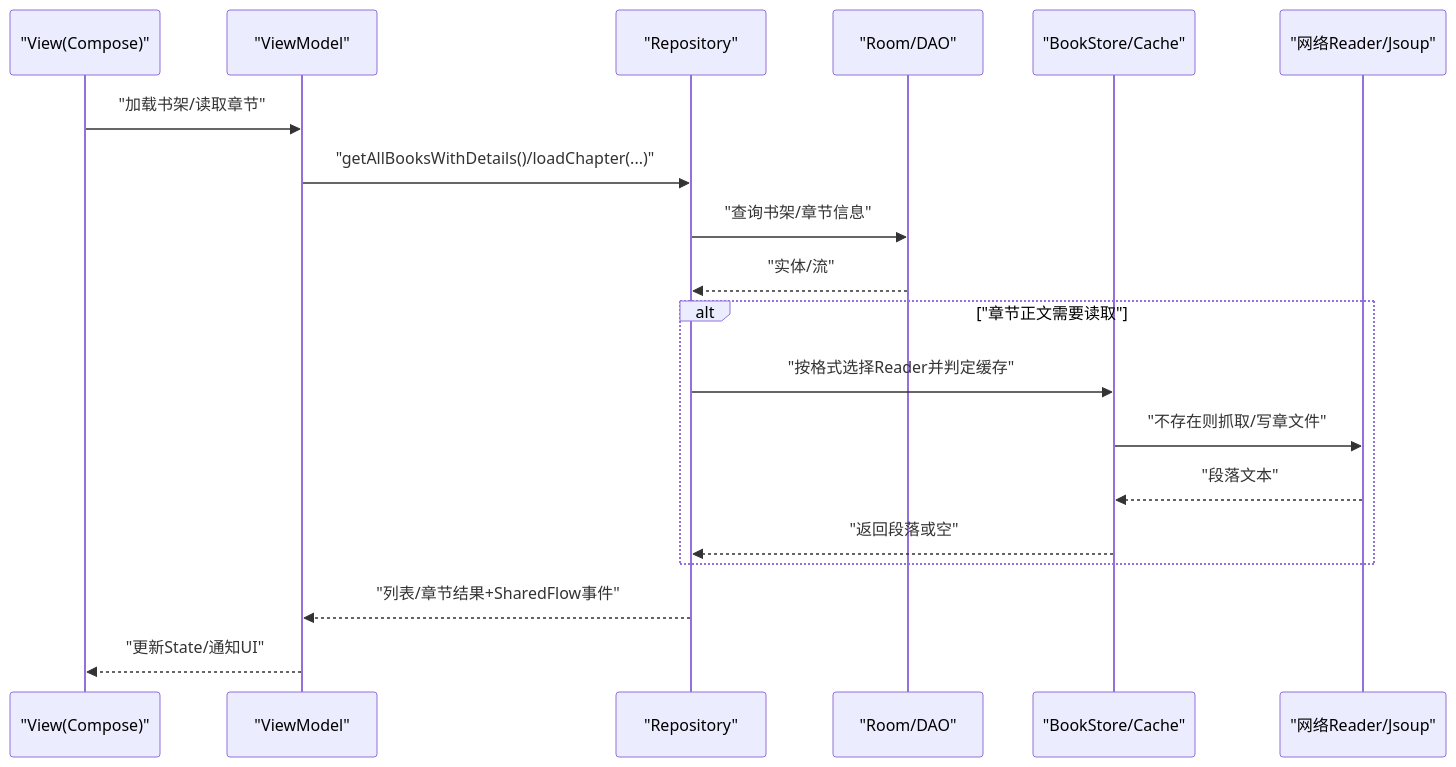
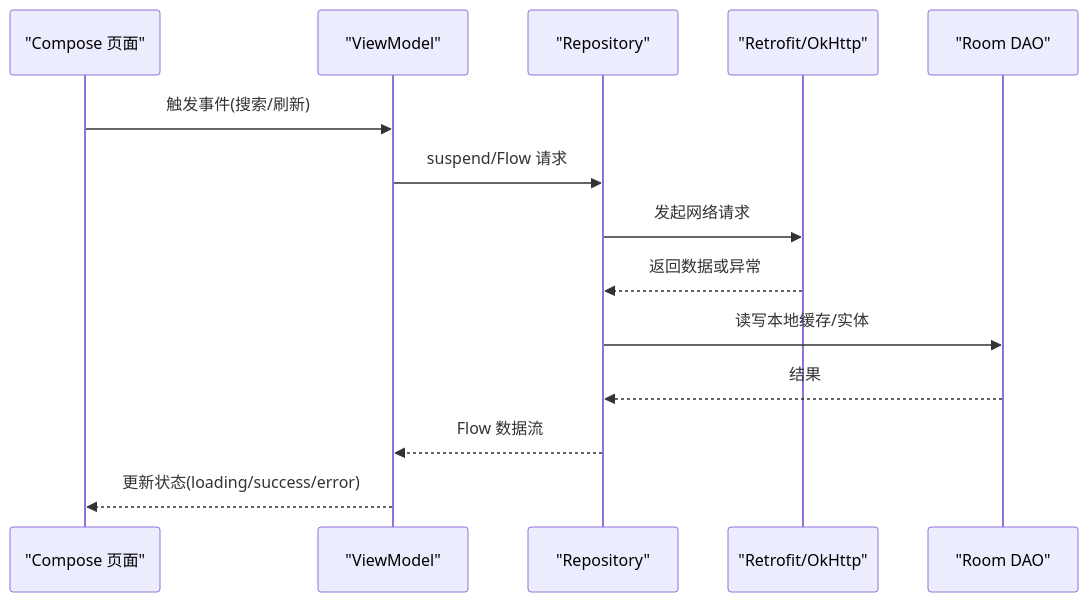
Before and after one commit to xrn1997/android-ebook: the third of 8 diagrams in .qoder/repowiki/zh/content/架构设计/架构设计.md, drawn with Mermaid. The commit also changed other lines of this file and 544 other files, not shown here.

````diff
--- a/.qoder/repowiki/zh/content/架构设计/架构设计.md
+++ b/.qoder/repowiki/zh/content/架构设计/架构设计.md
@@ -77,22 +139,17 @@
 ```mermaid
 sequenceDiagram
-    participant V as "View(Compose)"
+    participant UI as "Compose 页面"
     participant VM as "ViewModel"
-    participant R as "Repository"
-    participant DB as "Room/DAO"
-    participant STORE as "BookStore/Cache"
-    participant NET as "网络Reader/Jsoup"
+    participant Repo as "Repository"
+    participant Net as "Retrofit/OkHttp"
+    participant DB as "Room DAO"
 
-    V->>VM: "加载书架/读取章节"
-    VM->>R: "getAllBooksWithDetails()/loadChapter(...)"
-    R->>DB: "查询书架/章节信息"
-    DB-->>R: "实体/流"
-    alt "章节正文需要读取"
-        R->>STORE: "按格式选择Reader并判定缓存"
-        STORE->>NET: "不存在则抓取/写章文件"
-        NET-->>STORE: "段落文本"
-        STORE-->>R: "返回段落或空"
-    end
-    R-->>VM: "列表/章节结果+SharedFlow事件"
-    VM-->>V: "更新State/通知UI"
+    UI->>VM: 触发事件(搜索/刷新)
+    VM->>Repo: suspend/Flow 请求
+    Repo->>Net: 发起网络请求
+    Net-->>Repo: 返回数据或异常
+    Repo->>DB: 读写本地缓存/实体
+    DB-->>Repo: 结果
+    Repo-->>VM: Flow 数据流
+    VM-->>UI: 更新状态(loading/success/error)
 ```
````
